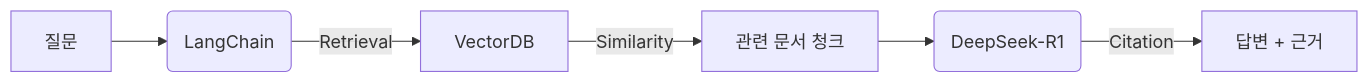
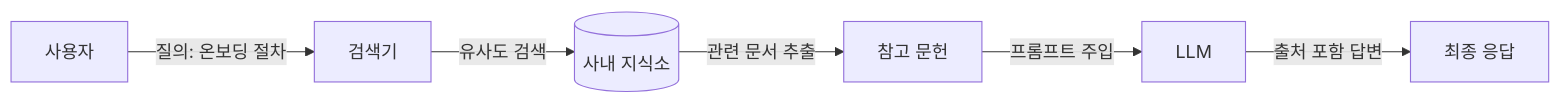
Before and after one commit to kjh5848/ai-llm-rag: the third of 5 diagrams in 00_manuscript/01장_프롤로그/02.본문.md, drawn with Mermaid. The commit also changed other lines of this file and 125 other files, not shown here.

````diff
--- a/00_manuscript/01장_프롤로그/02.본문.md
+++ b/00_manuscript/01장_프롤로그/02.본문.md
@@ -69,8 +72,8 @@
 ```mermaid
-flowchart LR
-    User[질문] --> Agent(LangChain)
-    Agent -->|Retrieval| RAG[VectorDB]
-    RAG -->|Similarity| Chunks[관련 문서 청크]
-    Chunks --> LLM(DeepSeek-R1)
-    LLM -->|Citation| Answer[답변 + 근거]
+graph LR
+    User[사용자] -->|질의: 온보딩 절차| Retriever[검색기]
+    Retriever -->|유사도 검색| VDB[(사내 지식소)]
+    VDB -->|관련 문서 추출| Context[참고 문헌]
+    Context -->|프롬프트 주입| LLM[LLM]
+    LLM -->|출처 포함 답변| Answer[최종 응답]
 ```
````
